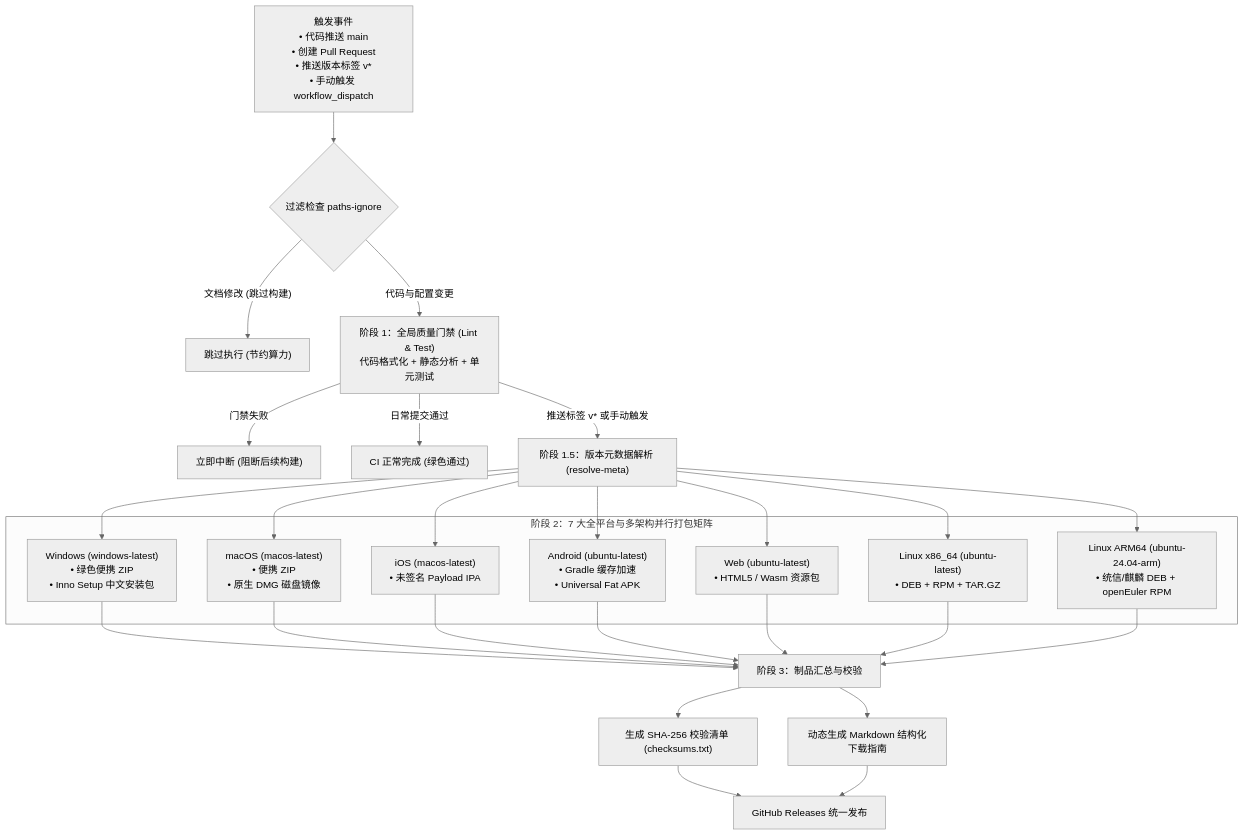
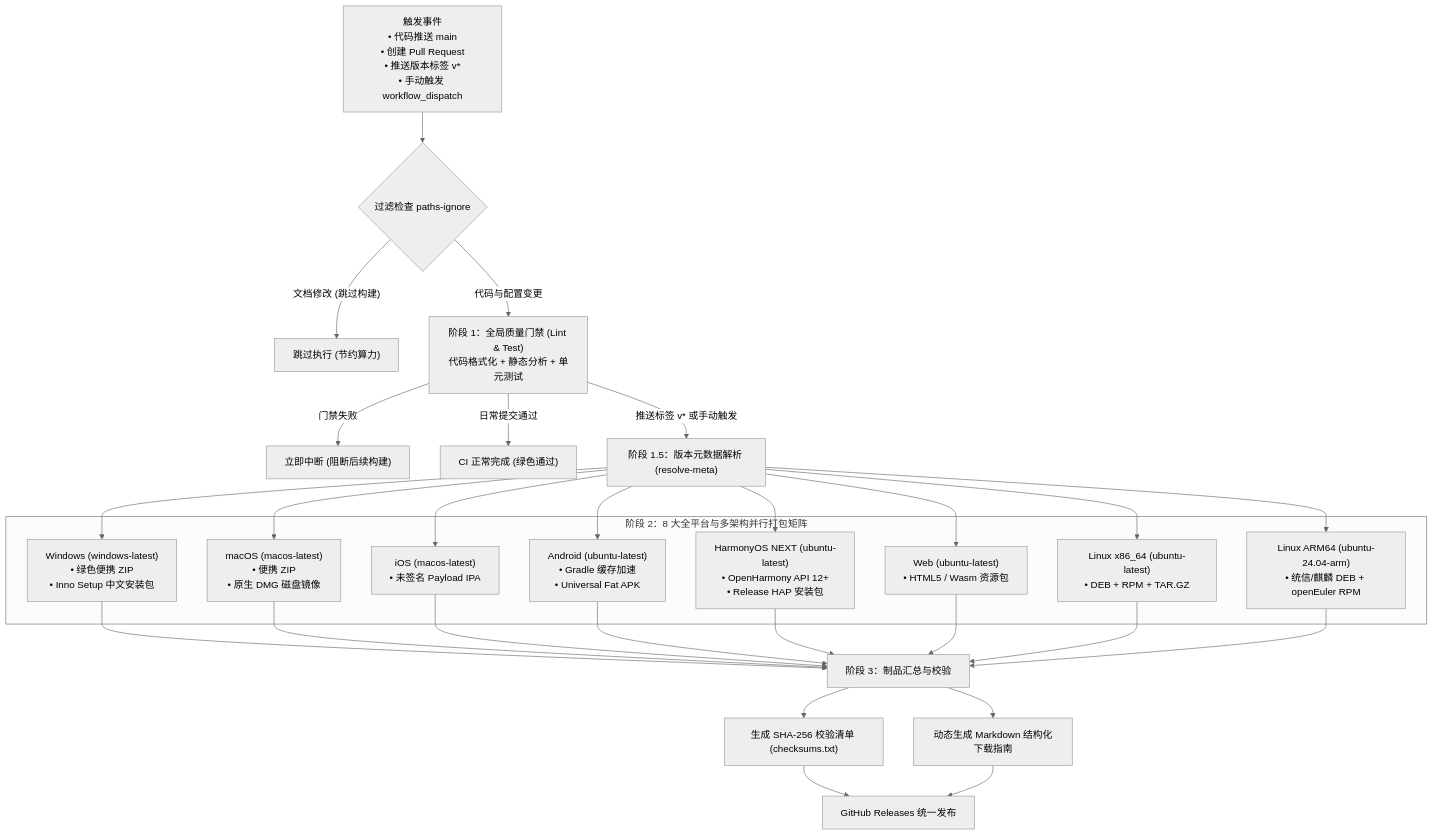
One commit to atengk/Ateng-Flutter changed the diagram in README.md. Above: the diagram before and after it, drawn with Mermaid (neutral theme). The commit also changed other lines of this file and 3 other files, not shown here.

Commit message:
feat(ci): 接入纯血鸿蒙 (HarmonyOS NEXT) 构建流水线并升级至 v1.0.1

````diff
--- a/README.md
+++ b/README.md
@@ -32,43 +33,46 @@
 ```mermaid
 flowchart TD
     Trigger["触发事件<br/>• 代码推送 main<br/>• 创建 Pull Request<br/>• 推送版本标签 v*<br/>• 手动触发 workflow_dispatch"]
 
     Trigger --> Filter{"过滤检查 paths-ignore"}
     Filter -->|"文档修改 (跳过构建)"| Silent["跳过执行 (节约算力)"]
     Filter -->|"代码与配置变更"| Gate["阶段 1：全局质量门禁 (Lint & Test)<br/>代码格式化 + 静态分析 + 单元测试"]
 
     Gate -->|"门禁失败"| Stop["立即中断 (阻断后续构建)"]
     Gate -->|"日常提交通过"| Done["CI 正常完成 (绿色通过)"]
     Gate -->|"推送标签 v* 或手动触发"| Meta["阶段 1.5：版本元数据解析 (resolve-meta)"]
 
     Meta --> Win
     Meta --> Mac
     Meta --> iOS
     Meta --> And
+    Meta --> Hos
     Meta --> Web
     Meta --> Lx64
     Meta --> Larm
 
-    subgraph BuildMatrix["阶段 2：7 大全平台与多架构并行打包矩阵"]
+    subgraph BuildMatrix["阶段 2：8 大全平台与多架构并行打包矩阵"]
         Win["Windows (windows-latest)<br/>• 绿色便携 ZIP<br/>• Inno Setup 中文安装包"]
         Mac["macOS (macos-latest)<br/>• 便携 ZIP<br/>• 原生 DMG 磁盘镜像"]
         iOS["iOS (macos-latest)<br/>• 未签名 Payload IPA"]
         And["Android (ubuntu-latest)<br/>• Gradle 缓存加速<br/>• Universal Fat APK"]
+        Hos["HarmonyOS NEXT (ubuntu-latest)<br/>• OpenHarmony API 12+<br/>• Release HAP 安装包"]
         Web["Web (ubuntu-latest)<br/>• HTML5 / Wasm 资源包"]
         Lx64["Linux x86_64 (ubuntu-latest)<br/>• DEB + RPM + TAR.GZ"]
         Larm["Linux ARM64 (ubuntu-24.04-arm)<br/>• 统信/麒麟 DEB + openEuler RPM"]
     end
 
     Win --> Collect["阶段 3：制品汇总与校验"]
     Mac --> Collect
     iOS --> Collect
     And --> Collect
+    Hos --> Collect
     Web --> Collect
     Lx64 --> Collect
     Larm --> Collect
 
     Collect --> Checksum["生成 SHA-256 校验清单 (checksums.txt)"]
     Collect --> ReleaseBody["动态生成 Markdown 结构化下载指南"]
     Checksum --> FinalRelease["GitHub Releases 统一发布"]
     ReleaseBody --> FinalRelease
 ```
````
